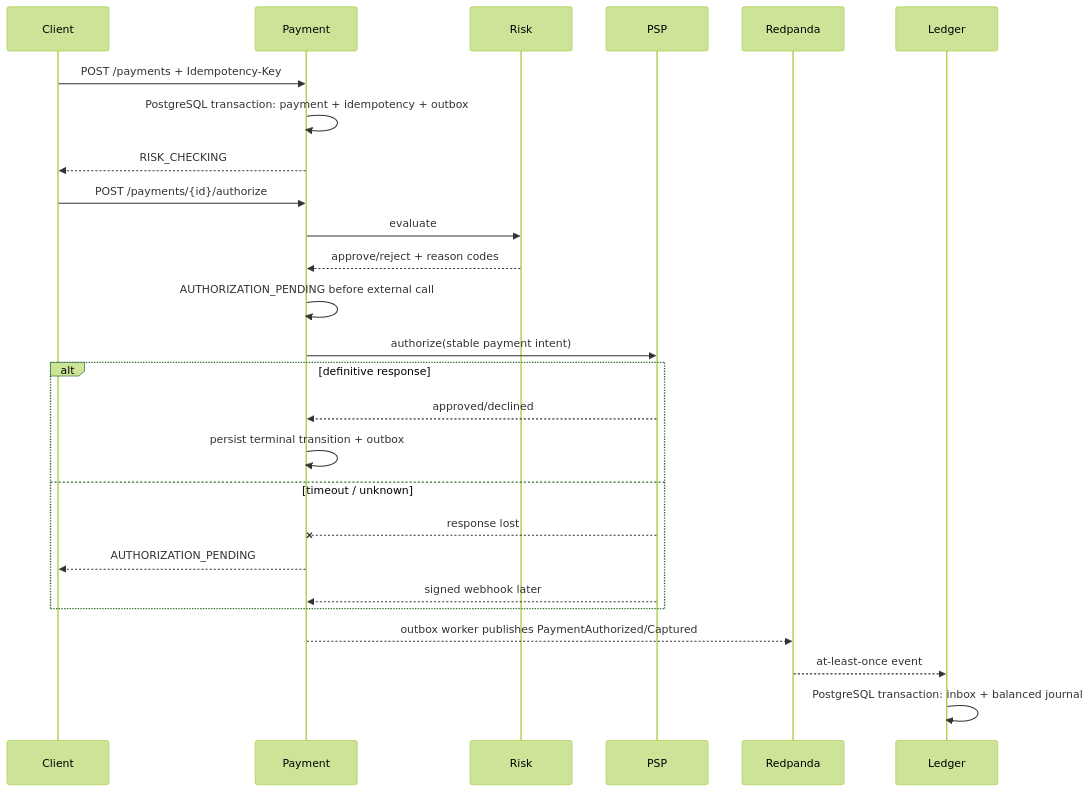
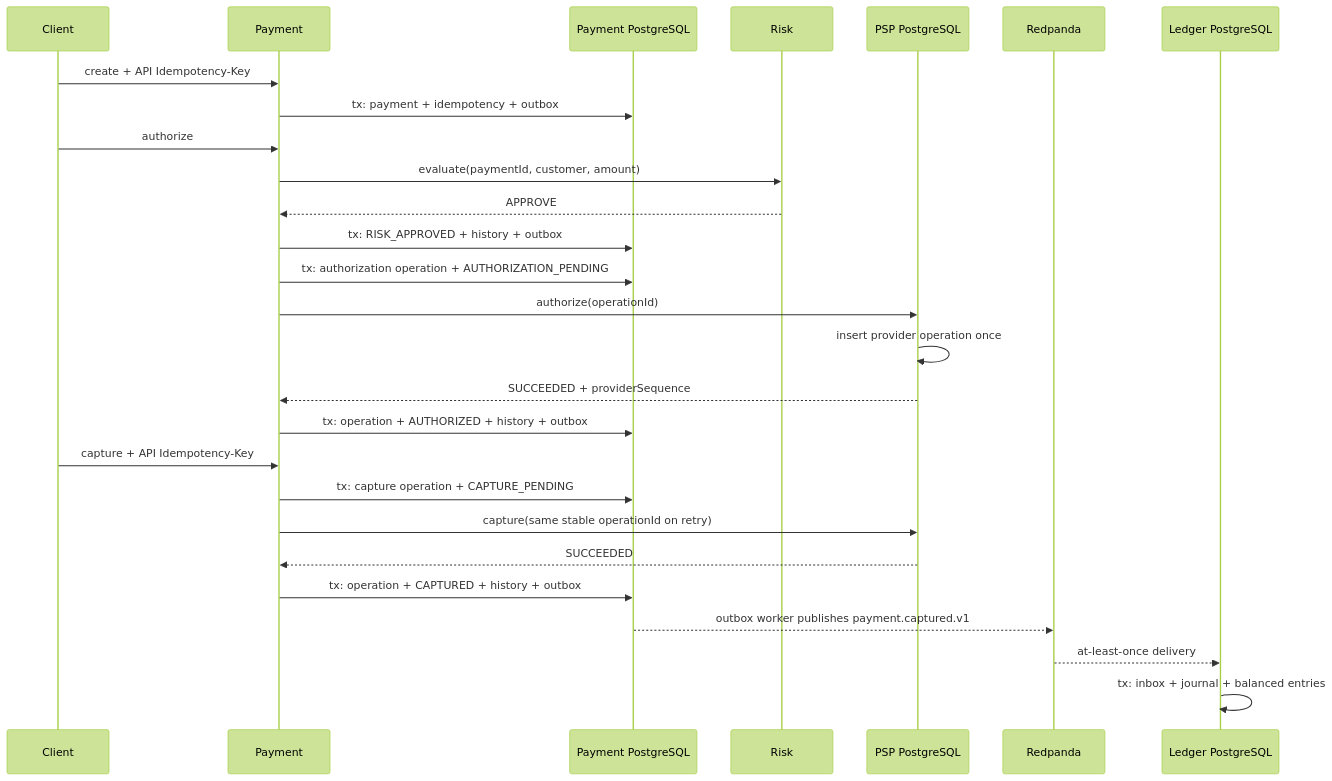
The second of 5 diagrams in docs/payment-flow.md (daniel-tsx/fintech-microservices), drawn with Mermaid (forest theme) before and after one commit. The commit also changed other lines of this file and 44 other files, not shown here.

````diff
--- a/docs/payment-flow.md
+++ b/docs/payment-flow.md
@@ -5,28 +43,29 @@
 ```mermaid
 sequenceDiagram
   participant C as Client
   participant P as Payment
+  participant D as Payment PostgreSQL
   participant R as Risk
-  participant X as PSP
+  participant X as PSP PostgreSQL
   participant K as Redpanda
-  participant L as Ledger
-  C->>P: POST /payments + Idempotency-Key
-  P->>P: PostgreSQL transaction: payment + idempotency + outbox
-  P-->>C: RISK_CHECKING
-  C->>P: POST /payments/{id}/authorize
-  P->>R: evaluate
-  R-->>P: approve/reject + reason codes
-  P->>P: AUTHORIZATION_PENDING before external call
-  P->>X: authorize(stable payment intent)
-  alt definitive response
-    X-->>P: approved/declined
-    P->>P: persist terminal transition + outbox
-  else timeout / unknown
-    X--xP: response lost
-    P-->>C: AUTHORIZATION_PENDING
-    X-->>P: signed webhook later
-  end
-  P-->>K: outbox worker publishes PaymentAuthorized/Captured
-  K-->>L: at-least-once event
-  L->>L: PostgreSQL transaction: inbox + balanced journal
+  participant L as Ledger PostgreSQL
+  C->>P: create + API Idempotency-Key
+  P->>D: tx: payment + idempotency + outbox
+  C->>P: authorize
+  P->>R: evaluate(paymentId, customer, amount)
+  R-->>P: APPROVE
+  P->>D: tx: RISK_APPROVED + history + outbox
+  P->>D: tx: authorization operation + AUTHORIZATION_PENDING
+  P->>X: authorize(operationId)
+  X->>X: insert provider operation once
+  X-->>P: SUCCEEDED + providerSequence
+  P->>D: tx: operation + AUTHORIZED + history + outbox
+  C->>P: capture + API Idempotency-Key
+  P->>D: tx: capture operation + CAPTURE_PENDING
+  P->>X: capture(same stable operationId on retry)
+  X-->>P: SUCCEEDED
+  P->>D: tx: operation + CAPTURED + history + outbox
+  D-->>K: outbox worker publishes payment.captured.v1
+  K-->>L: at-least-once delivery
+  L->>L: tx: inbox + journal + balanced entries
 ```
````
